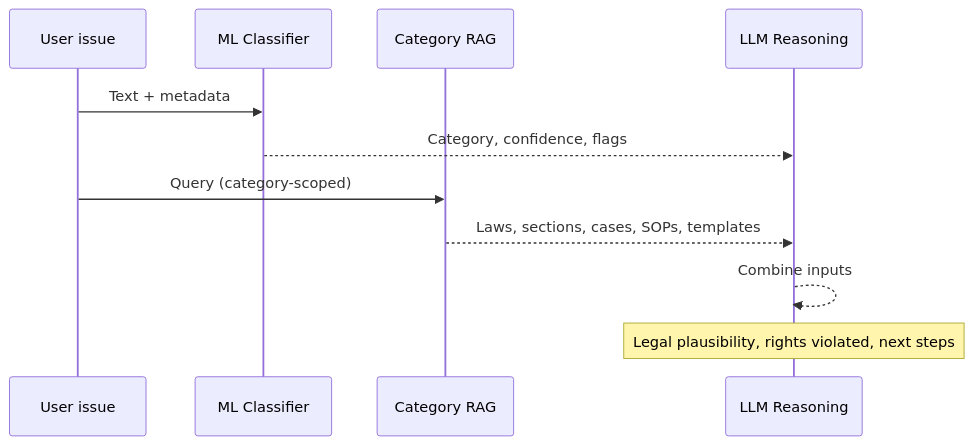
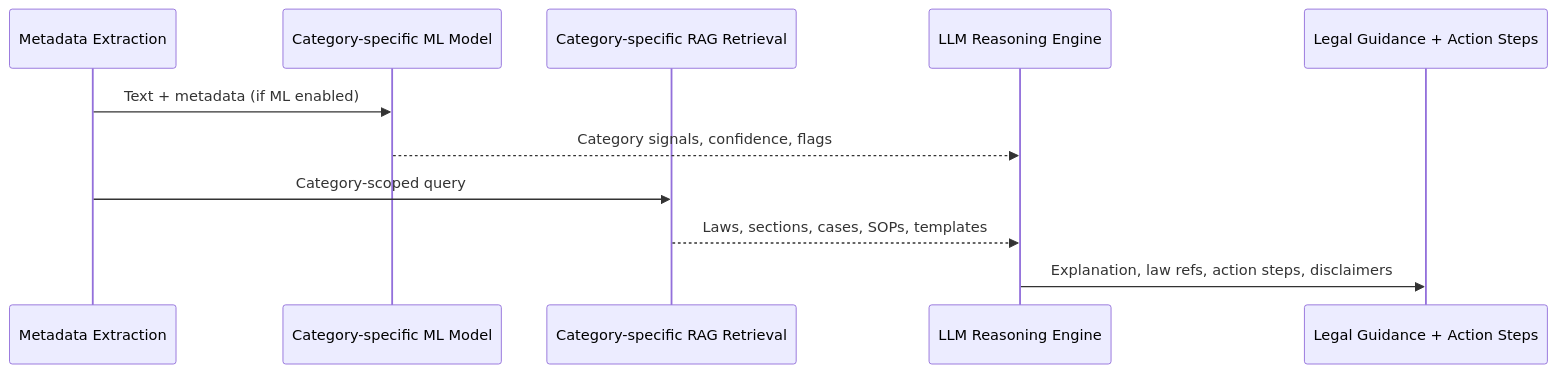
Before and after one commit to SudhanshuBiswas01/Justice-AI: the sixth of 8 diagrams in README.md, drawn with Mermaid. The commit also changed other lines of this file, not shown here.

First line of the commit message:
docs: align HLD Mermaid diagrams with author flowchart

````diff
--- a/README.md
+++ b/README.md
@@ -132,14 +195,14 @@
 ```mermaid
 sequenceDiagram
-    participant U as User issue
-    participant ML as ML Classifier
-    participant RAG as Category RAG
-    participant LLM as LLM Reasoning
+    participant L as Metadata Extraction
+    participant ML as Category-specific ML Model
+    participant RAG as Category-specific RAG Retrieval
+    participant LLM as LLM Reasoning Engine
+    participant OUT as Legal Guidance + Action Steps
 
-    U->>ML: Text + metadata
-    ML-->>LLM: Category, confidence, flags
-    U->>RAG: Query (category-scoped)
+    L->>ML: Text + metadata (if ML enabled)
+    ML-->>LLM: Category signals, confidence, flags
+    L->>RAG: Category-scoped query
     RAG-->>LLM: Laws, sections, cases, SOPs, templates
-    LLM-->>LLM: Combine inputs
-    Note over LLM: Legal plausibility, rights violated, next steps
+    LLM->>OUT: Explanation, law refs, action steps, disclaimers
 ```
````
